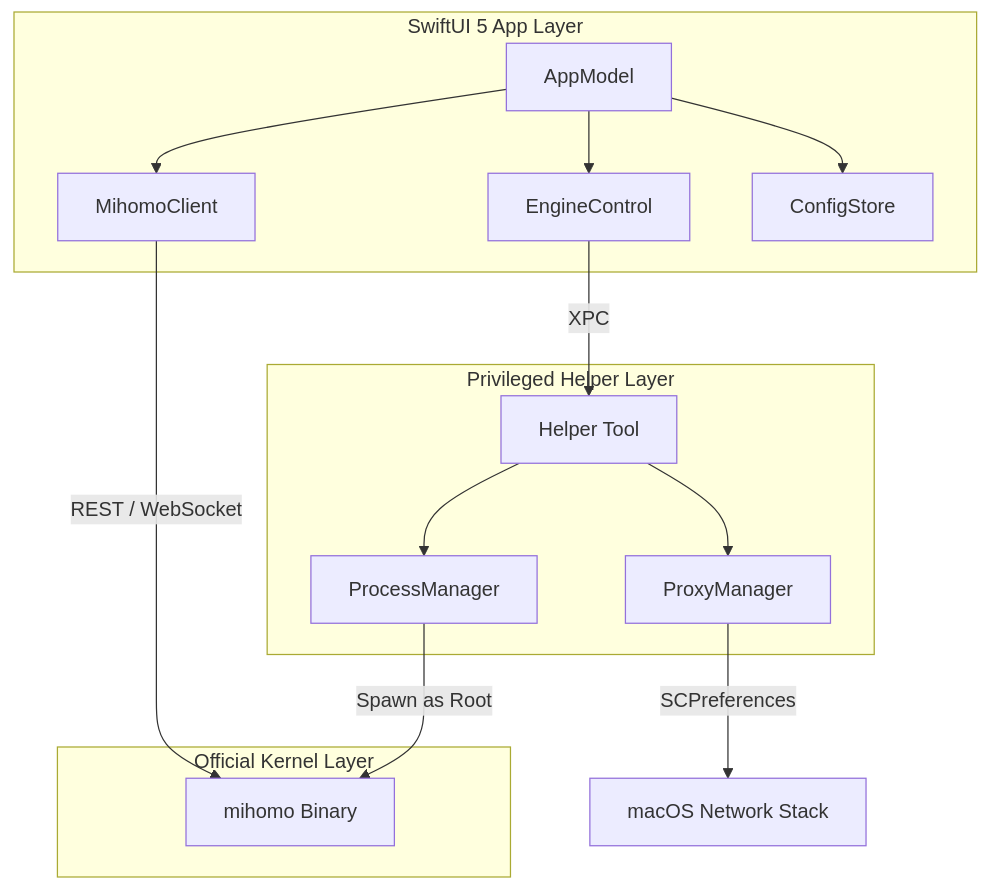
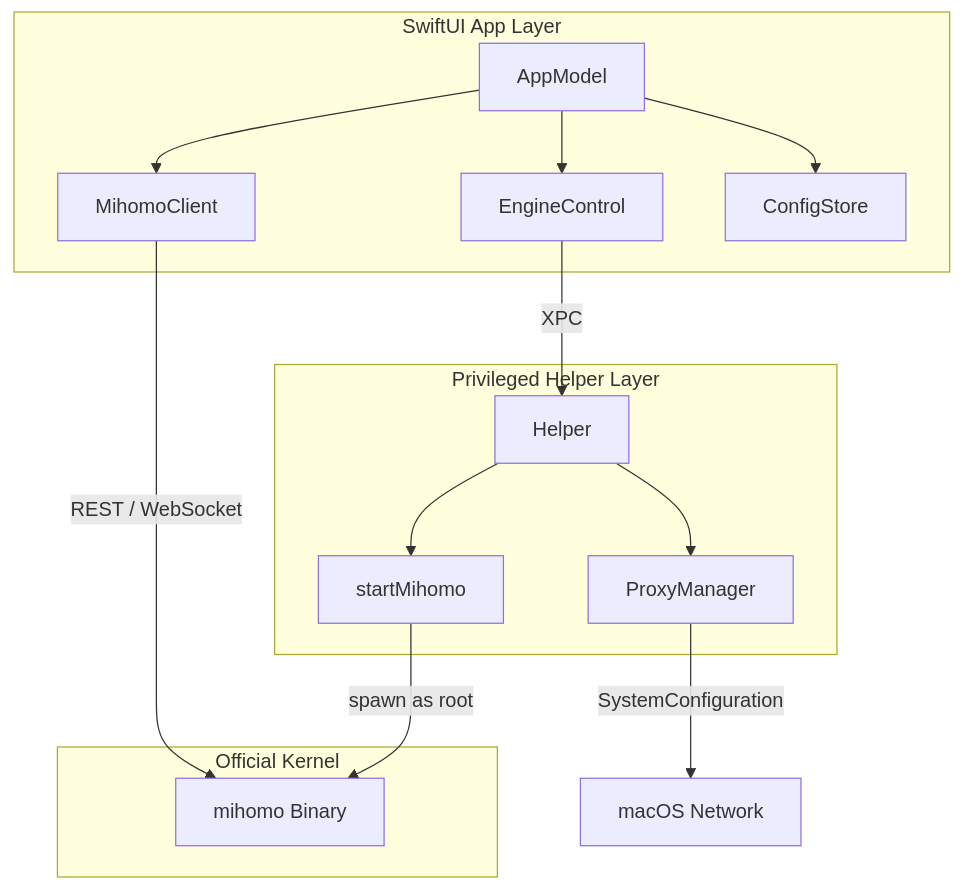
The diagram in ARCHITECTURE.md (framecy/ClashHalo), drawn with Mermaid before and after one commit. The commit also changed other lines of this file and 23 other files, not shown here.

First line of the commit message:
chore: 清理自研引擎残留/原型/临时文件, 流量图改用实时数据

````diff
--- a/ARCHITECTURE.md
+++ b/ARCHITECTURE.md
@@ -7,22 +7,22 @@
 ```mermaid
 graph TD
-    subgraph GUI [SwiftUI 5 App Layer]
+    subgraph GUI [SwiftUI App Layer]
         A[AppModel] --> B[MihomoClient]
         A --> C[EngineControl]
         A --> D[ConfigStore]
     end
 
     subgraph XPC [Privileged Helper Layer]
-        E[Helper Tool] --> F[ProxyManager]
-        E --> G[ProcessManager]
+        E[Helper] --> F[ProxyManager]
+        E --> G[startMihomo]
     end
 
-    subgraph Kernel [Official Kernel Layer]
+    subgraph Kernel [Official Kernel]
         H[mihomo Binary]
     end
 
     B -- REST / WebSocket --> H
     C -- XPC --> E
-    G -- Spawn as Root --> H
-    F -- SCPreferences --> System[macOS Network Stack]
+    G -- spawn as root --> H
+    F -- SystemConfiguration --> System[macOS Network]
 ```
````
